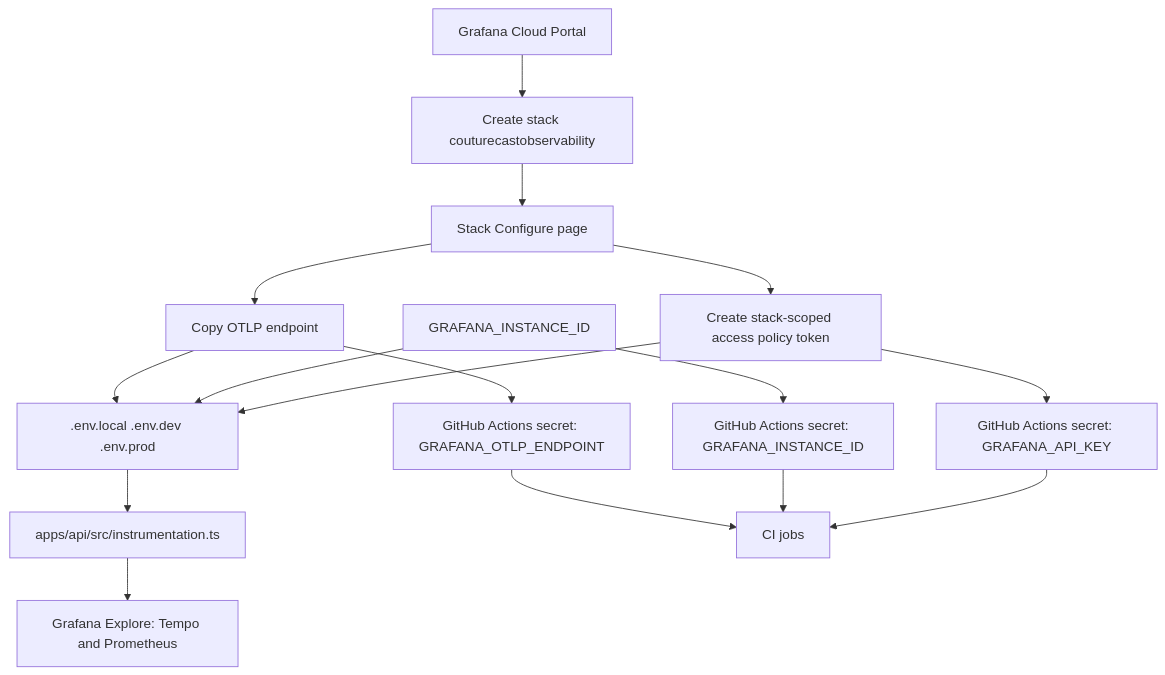
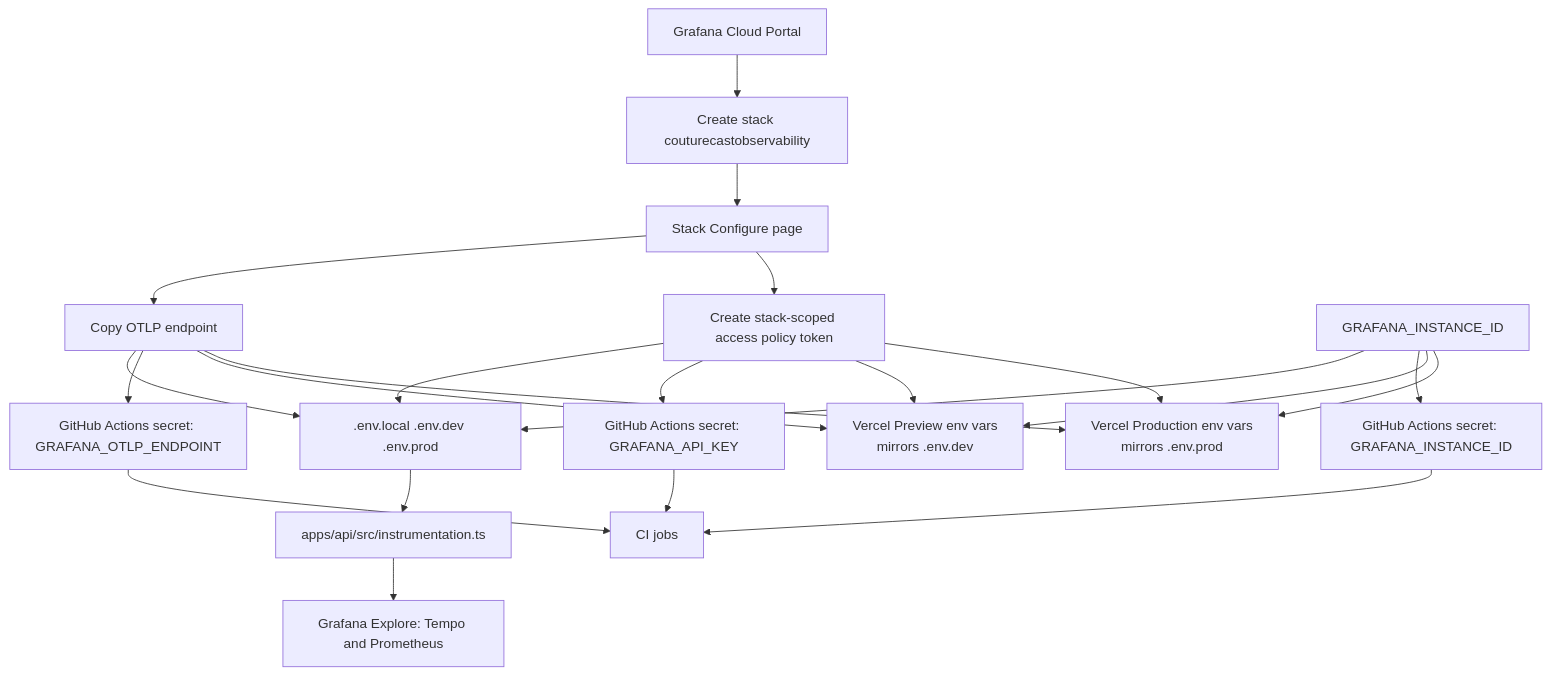
One commit to muratkeremozcan/couture-cast changed the tenth of 12 diagrams in docs/learning-path-step-by-step.md. Above: the diagram before and after it, drawn with Mermaid. The commit also changed other lines of this file and 8 other files, not shown here.

````diff
--- a/docs/learning-path-step-by-step.md
+++ b/docs/learning-path-step-by-step.md
@@ -680,18 +692,24 @@
 ```mermaid
 flowchart TD
   portal["Grafana Cloud Portal"] --> stack["Create stack couturecastobservability"]
   stack --> configure["Stack Configure page"]
   configure --> endpoint["Copy OTLP endpoint"]
   configure --> token["Create stack-scoped access policy token"]
   endpoint --> envfiles[".env.local .env.dev .env.prod"]
   id --> envfiles
   token --> envfiles
   endpoint --> gh["GitHub Actions secret: GRAFANA_OTLP_ENDPOINT"]
   id["GRAFANA_INSTANCE_ID"] --> gh2["GitHub Actions secret: GRAFANA_INSTANCE_ID"]
   token --> gh3["GitHub Actions secret: GRAFANA_API_KEY"]
+  endpoint --> vercelPreview["Vercel Preview env vars<br/>mirrors .env.dev"]
+  id --> vercelPreview
+  token --> vercelPreview
+  endpoint --> vercelProd["Vercel Production env vars<br/>mirrors .env.prod"]
+  id --> vercelProd
+  token --> vercelProd
   envfiles --> api["apps/api/src/instrumentation.ts"]
   gh --> ci["CI jobs"]
   gh2 --> ci
   gh3 --> ci
   api --> grafana["Grafana Explore: Tempo and Prometheus"]
 ```
````
